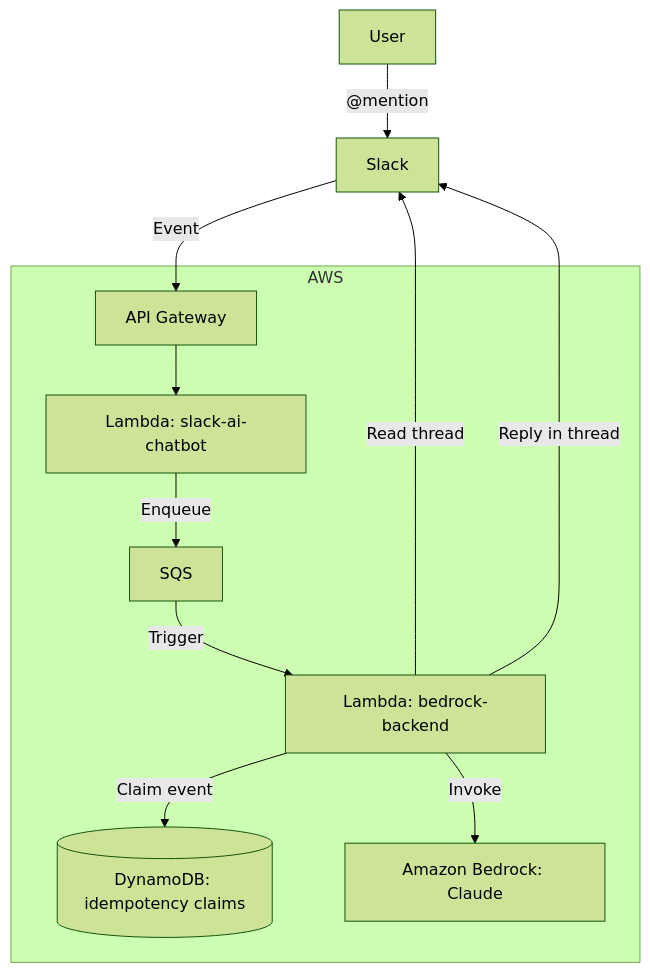
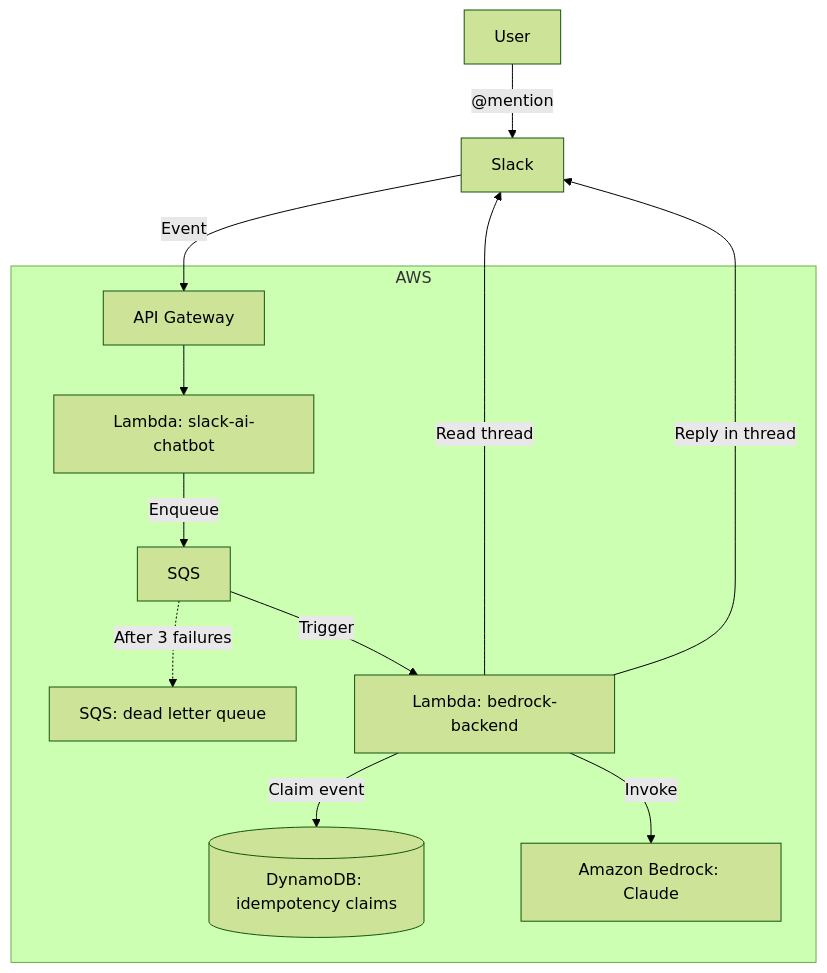
One commit to haruka-aibara/haruka-aibara changed the diagram in bedrock-slack-ai-chatbot/README.md. Above: the diagram before and after it, drawn with Mermaid (forest theme). The commit also changed other lines of this file, not shown here.

````diff
--- a/bedrock-slack-ai-chatbot/README.md
+++ b/bedrock-slack-ai-chatbot/README.md
@@ -11,22 +15,24 @@
 ```mermaid
 flowchart TD
     User -->|"@mention"| Slack
 
     subgraph AWS
         APIGW[API Gateway]
         LambdaFront[Lambda: slack-ai-chatbot]
         SQS[SQS]
+        DLQ[SQS: dead letter queue]
         LambdaBack[Lambda: bedrock-backend]
         DynamoDB[(DynamoDB: idempotency claims)]
         Bedrock[Amazon Bedrock: Claude]
     end
 
     Slack -->|Event| APIGW
     APIGW --> LambdaFront
     LambdaFront -->|Enqueue| SQS
     SQS -->|Trigger| LambdaBack
+    SQS -.->|After 3 failures| DLQ
     LambdaBack -->|Claim event| DynamoDB
     LambdaBack -->|Invoke| Bedrock
     LambdaBack -->|Read thread| Slack
     LambdaBack -->|Reply in thread| Slack
 ```
````
